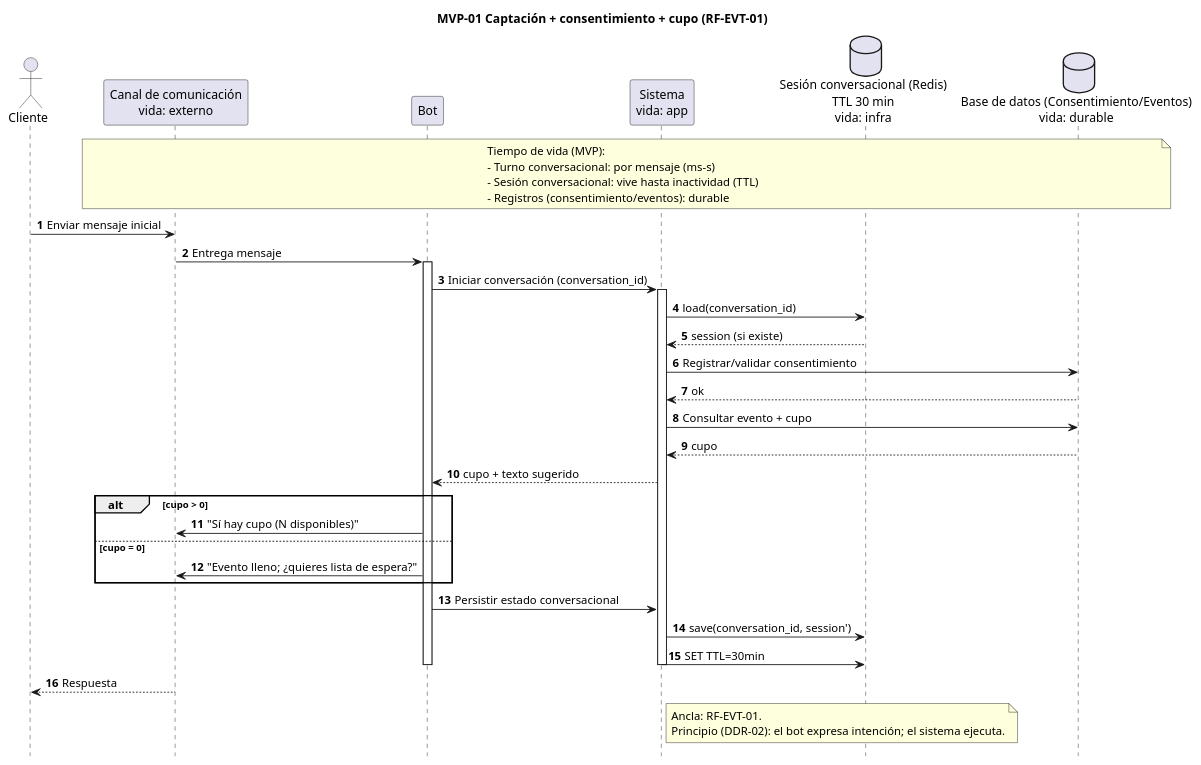
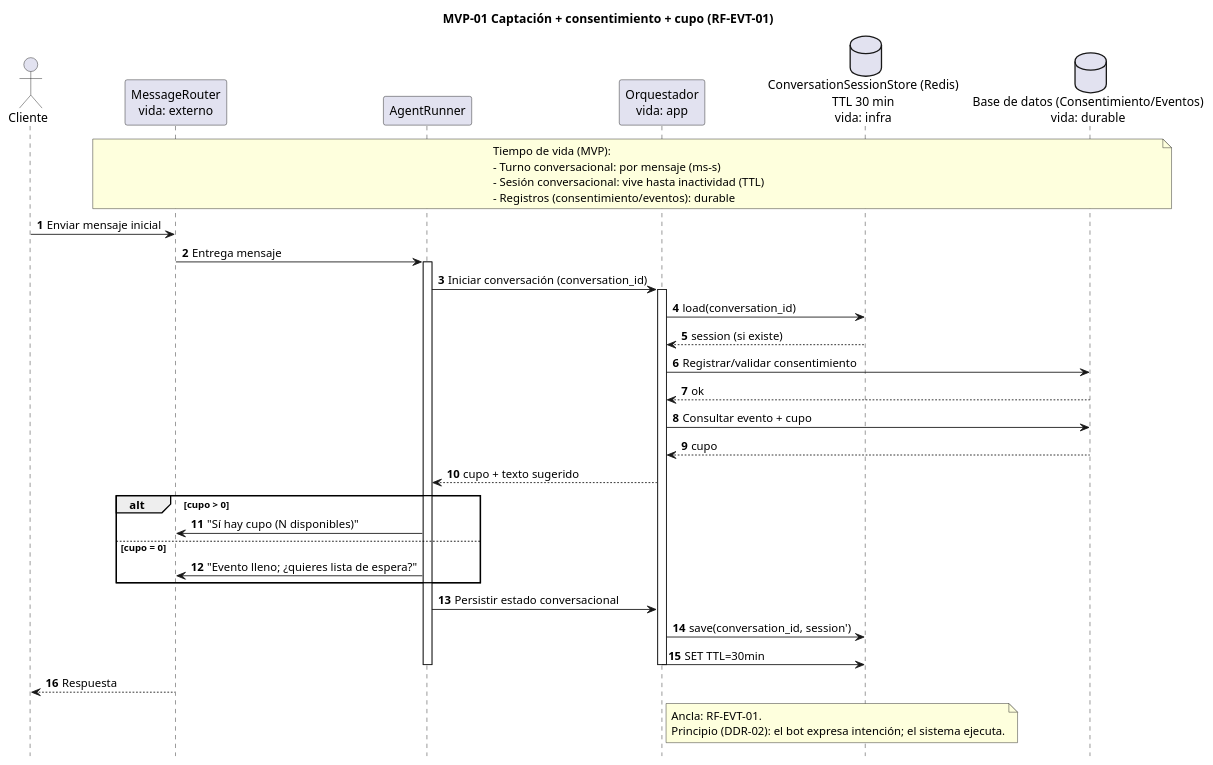
The first of 3 diagrams in docs/diseño/comportamiento/secuencia/diagrama-secuencia-mvp.md (Ozia112/SoftwareDesignProject), drawn with PlantUML before and after one commit. The commit also changed other lines of this file and 1 other file, not shown here.

Commit message:
docs(presentación): Se agrega la presentación y se corrige los diagramas MVP

````diff
--- a/docs/diseño/comportamiento/secuencia/diagrama-secuencia-mvp.md
+++ b/docs/diseño/comportamiento/secuencia/diagrama-secuencia-mvp.md
@@ -28,57 +28,57 @@
 ```plantuml
 @startuml
 title MVP-01 Captación + consentimiento + cupo (RF-EVT-01)
 autonumber
 hide footbox
 
 actor "Cliente" as Cliente
-participant "Canal de comunicación\nvida: externo" as Canal
-participant "Bot" as Bot
-participant "Sistema\nvida: app" as Sistema
-database "Sesión conversacional (Redis)\nTTL 30 min\nvida: infra" as Session
+participant "MessageRouter\nvida: externo" as Canal
+participant "AgentRunner" as Bot
+participant "Orquestador\nvida: app" as Sistema
+database "ConversationSessionStore (Redis)\nTTL 30 min\nvida: infra" as Session
 database "Base de datos (Consentimiento/Eventos)\nvida: durable" as DB
 
 note over Canal,DB
 Tiempo de vida (MVP):
 - Turno conversacional: por mensaje (ms–s)
 - Sesión conversacional: vive hasta inactividad (TTL)
 - Registros (consentimiento/eventos): durable
 end note
 
 Cliente -> Canal: Enviar mensaje inicial
 Canal -> Bot: Entrega mensaje
 activate Bot
 
 Bot -> Sistema: Iniciar conversación (conversation_id)
 activate Sistema
 Sistema -> Session: load(conversation_id)
 Session --> Sistema: session (si existe)
 
 Sistema -> DB: Registrar/validar consentimiento
 DB --> Sistema: ok
 
 Sistema -> DB: Consultar evento + cupo
 DB --> Sistema: cupo
 Sistema --> Bot: cupo + texto sugerido
 
 alt cupo > 0
   Bot -> Canal: "Sí hay cupo (N disponibles)"
 else cupo = 0
   Bot -> Canal: "Evento lleno; ¿quieres lista de espera?"
 end
 
 Bot -> Sistema: Persistir estado conversacional
 Sistema -> Session: save(conversation_id, session')
 Sistema -> Session: SET TTL=30min
 
 deactivate Sistema
 deactivate Bot
 
 Canal --> Cliente: Respuesta
 
 note right of Sistema
 Ancla: RF-EVT-01.
 Principio (DDR-02): el bot expresa intención; el sistema ejecuta.
 end note
 @enduml
 ```
````
